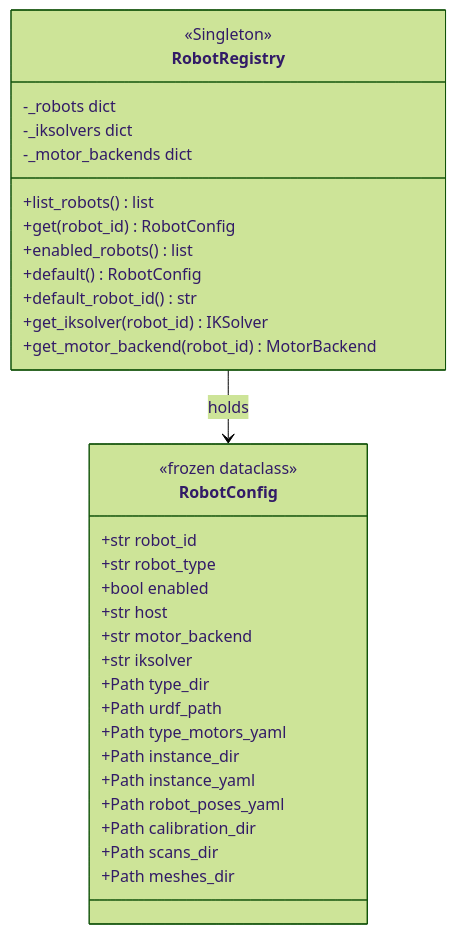
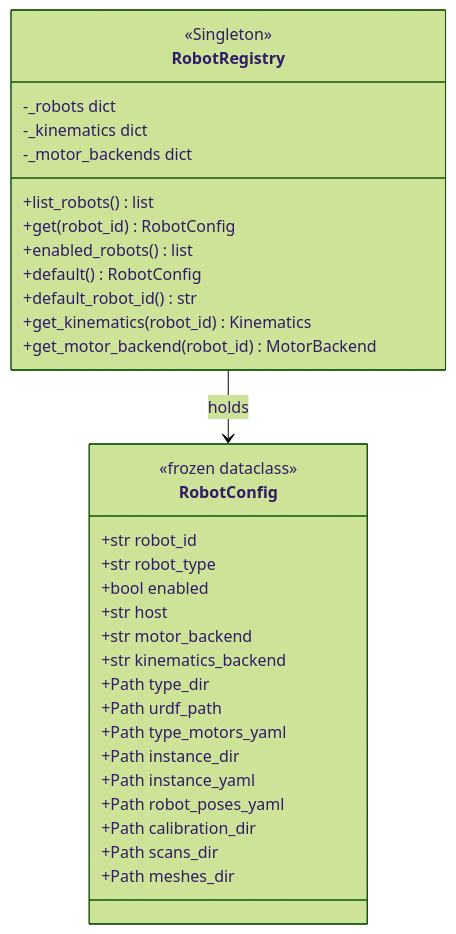
The fifth of 10 diagrams in docs/multi_robot_walkthrough.md (zzingobomi/horibot), drawn with Mermaid (forest theme) before and after one commit. The commit also changed other lines of this file and 36 other files, not shown here.

Commit message:
feat: iksolver -> kinematics 로 네이밍 변경

````diff
--- a/docs/multi_robot_walkthrough.md
+++ b/docs/multi_robot_walkthrough.md
@@ -211,37 +211,37 @@
 ```mermaid
 classDiagram
     class RobotRegistry {
         <<Singleton>>
         -_robots dict
-        -_iksolvers dict
+        -_kinematics dict
         -_motor_backends dict
         +list_robots() list
         +get(robot_id) RobotConfig
         +enabled_robots() list
         +default() RobotConfig
         +default_robot_id() str
-        +get_iksolver(robot_id) IKSolver
+        +get_kinematics(robot_id) Kinematics
         +get_motor_backend(robot_id) MotorBackend
     }
 
     class RobotConfig {
         <<frozen dataclass>>
         +str robot_id
         +str robot_type
         +bool enabled
         +str host
         +str motor_backend
-        +str iksolver
+        +str kinematics_backend
         +Path type_dir
         +Path urdf_path
         +Path type_motors_yaml
         +Path instance_dir
         +Path instance_yaml
         +Path robot_poses_yaml
         +Path calibration_dir
         +Path scans_dir
         +Path meshes_dir
     }
 
     RobotRegistry --> RobotConfig : holds
 ```
````
